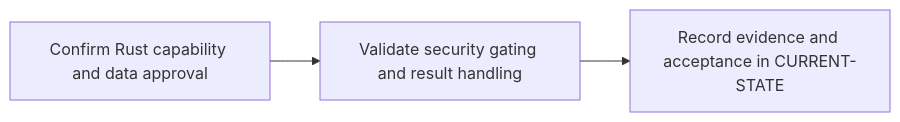
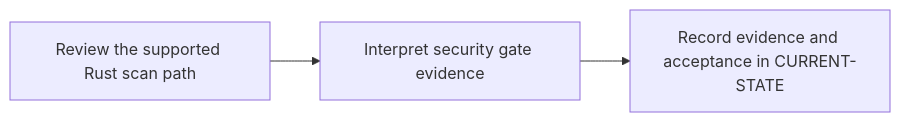
One commit to cdcdd15/git-runners-rust changed the diagram in docs/roadmap/P10.md. Above: the diagram before and after it, drawn with Mermaid. The commit also changed other lines of this file and 22 other files, not shown here.

Commit message:
docs: complete P0 and adopt a knowledge-first roadmap

````diff
--- a/docs/roadmap/P10.md
+++ b/docs/roadmap/P10.md
@@ -9,5 +9,5 @@
 ```mermaid
 flowchart LR
-    Input["Confirm Rust capability and data approval"] --> Validation["Validate security gating and result handling"]
+    Input["Review the supported Rust scan path"] --> Validation["Interpret security gate evidence"]
     Validation --> Evidence["Record evidence and acceptance in CURRENT-STATE"]
 ```
````
